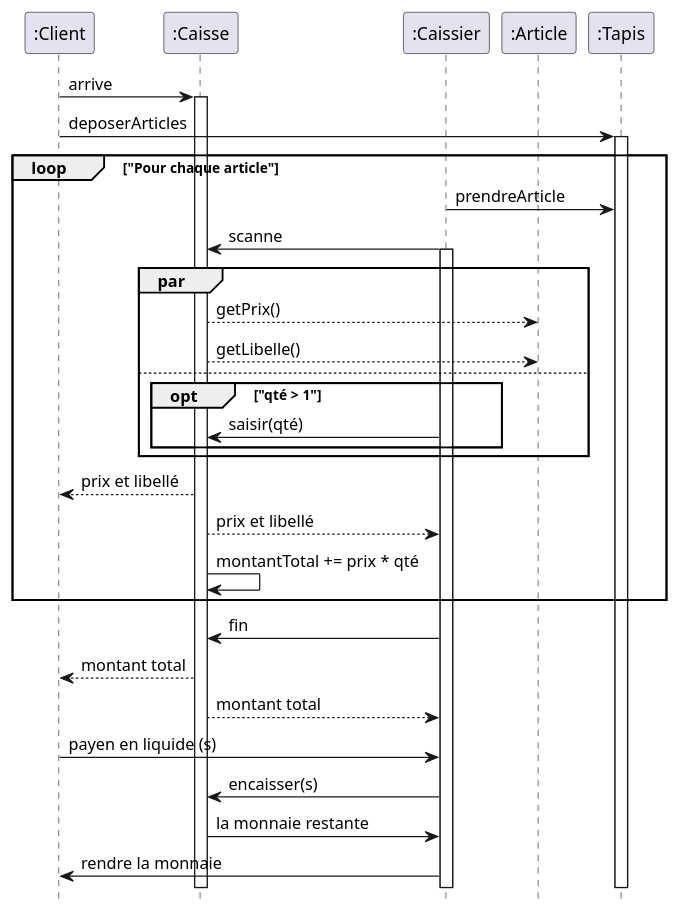
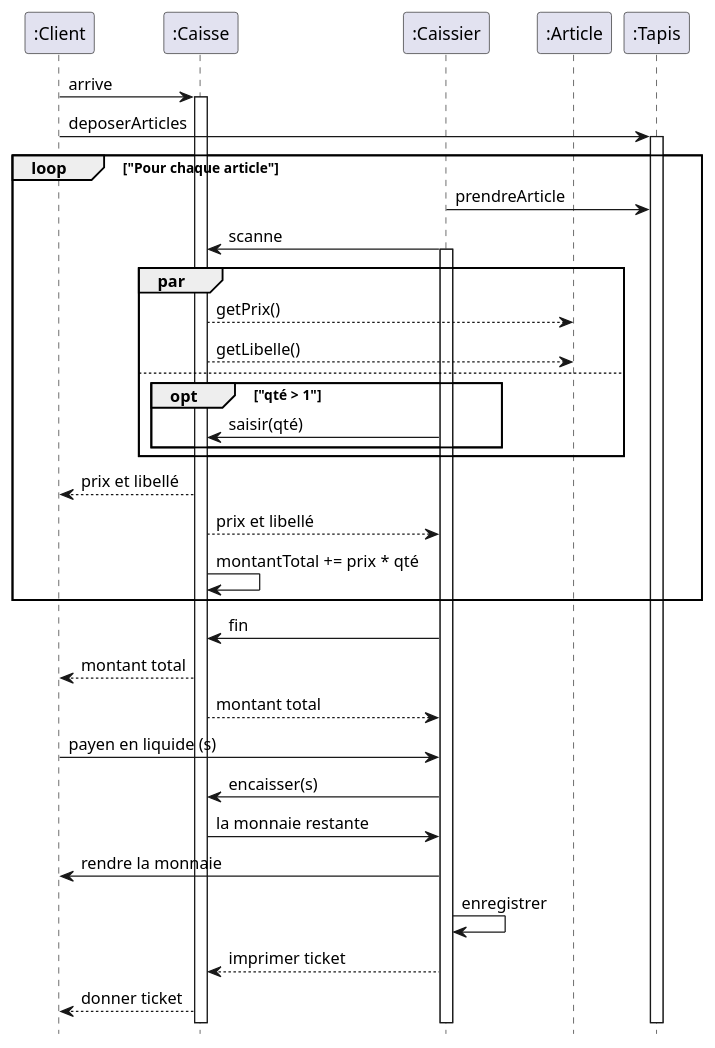
One commit to IUT-Blagnac/bcoo-El-FaroukA changed the diagram in td5.plantuml. Above: the diagram before and after it, drawn with PlantUML.

Commit message:
mmise à jour td5 5.2

```diff
--- a/td5.plantuml
+++ b/td5.plantuml
@@ -1,53 +1,56 @@
 @startuml
 
 'autonumber
 hide footbox
 
 participant A as ":Client"
 participant B as ":Caisse"
 participant C as ":Caissier"
 participant D as ":Article"
 participant E as ":Tapis"
 
 
 A -> B: arrive
 activate B
 
 A -> E : deposerArticles
 activate E
 
 loop "Pour chaque article"
   C -> E: prendreArticle
   C -> B: scanne
   activate C
   
   par
   B --> D: getPrix()
   B --> D: getLibelle()
   
   else
   opt "qté > 1"
     C -> B: saisir(qté)
   end
   end
   B --> A: prix et libellé
   B --> C: prix et libellé
 
   B -> B: montantTotal += prix * qté
 end
 
   C -> B:fin
   B --> A: montant total
   B --> C: montant total  
   
   A -> C: payen en liquide (s)
   C -> B: encaisser(s)
 
   B -> C: la monnaie restante
   C -> A: rendre la monnaie
 
-  
+  C -> C : enregistrer
+  C --> B : imprimer ticket
+
+  B --> A : donner ticket
 
 
 
 @enduml
```
